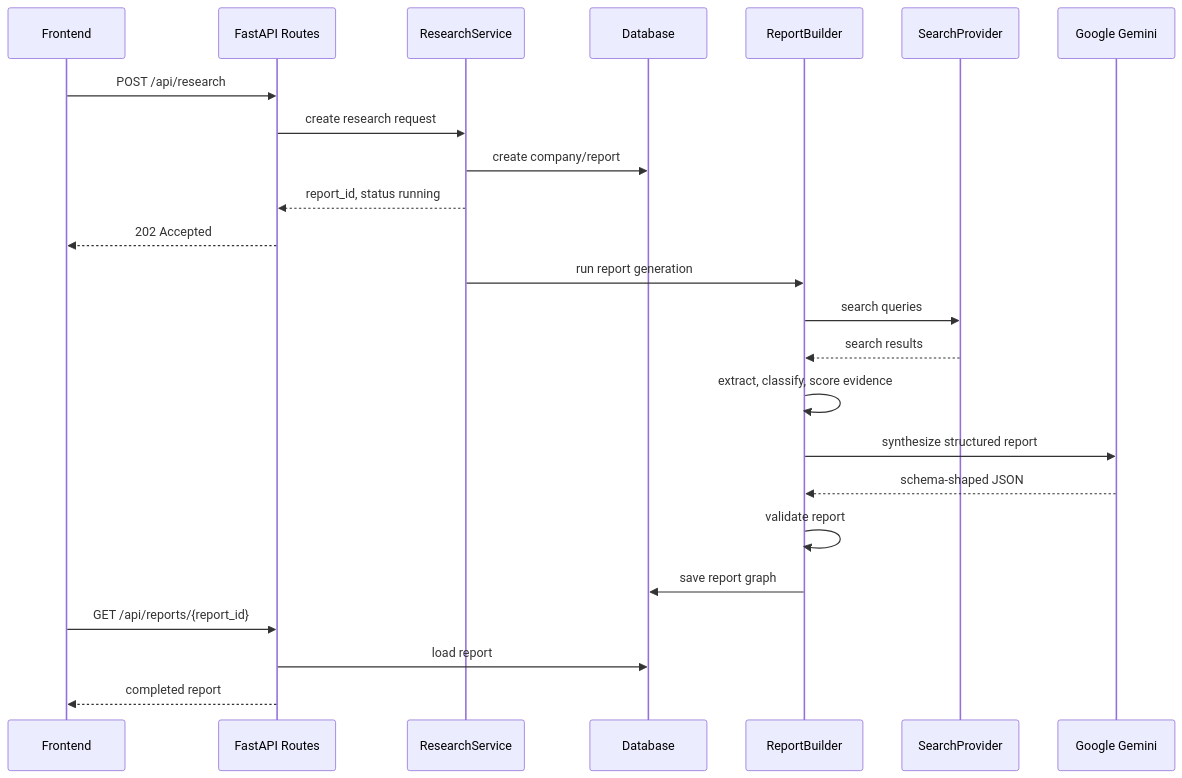
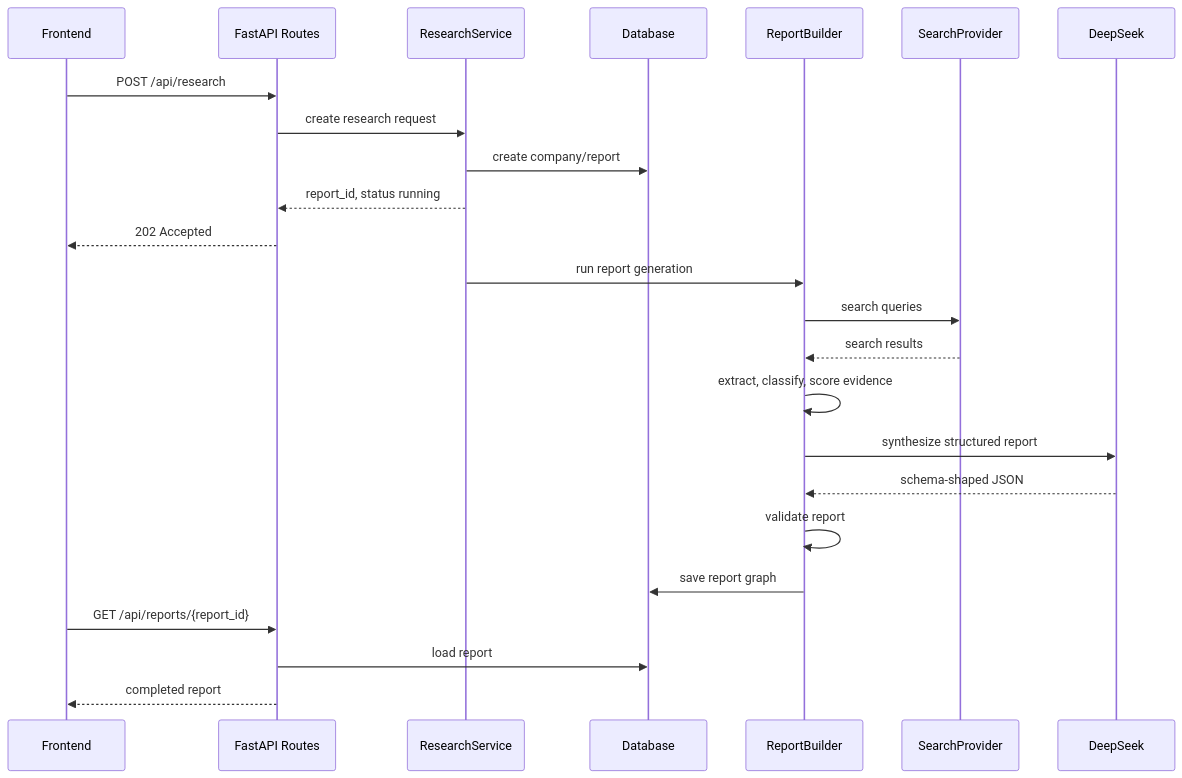
The diagram in docs/backend-architecture.md (Sebalin2003/Company-Research-Agent), drawn with Mermaid before and after one commit. The commit also changed other lines of this file and 35 other files, not shown here.

````diff
--- a/docs/backend-architecture.md
+++ b/docs/backend-architecture.md
@@ -453,27 +454,27 @@
 ```mermaid
 sequenceDiagram
     participant UI as Frontend
     participant API as FastAPI Routes
     participant Service as ResearchService
     participant DB as Database
     participant Pipeline as ReportBuilder
     participant Search as SearchProvider
-    participant LLM as Google Gemini
+    participant LLM as DeepSeek
 
     UI->>API: POST /api/research
     API->>Service: create research request
     Service->>DB: create company/report
     Service-->>API: report_id, status running
     API-->>UI: 202 Accepted
     Service->>Pipeline: run report generation
     Pipeline->>Search: search queries
     Search-->>Pipeline: search results
     Pipeline->>Pipeline: extract, classify, score evidence
     Pipeline->>LLM: synthesize structured report
     LLM-->>Pipeline: schema-shaped JSON
     Pipeline->>Pipeline: validate report
     Pipeline->>DB: save report graph
     UI->>API: GET /api/reports/{report_id}
     API->>DB: load report
     API-->>UI: completed report
 ```
````
